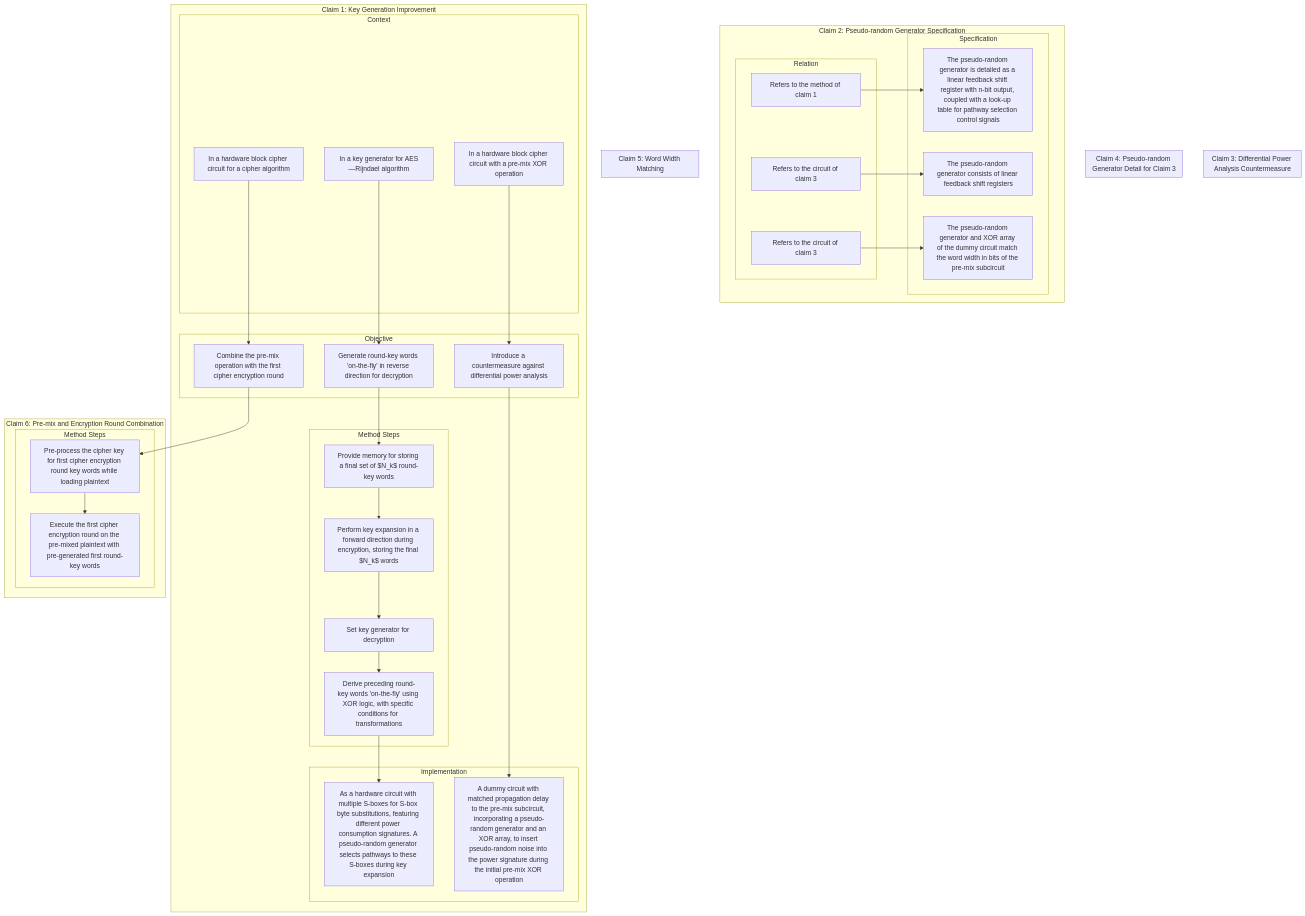
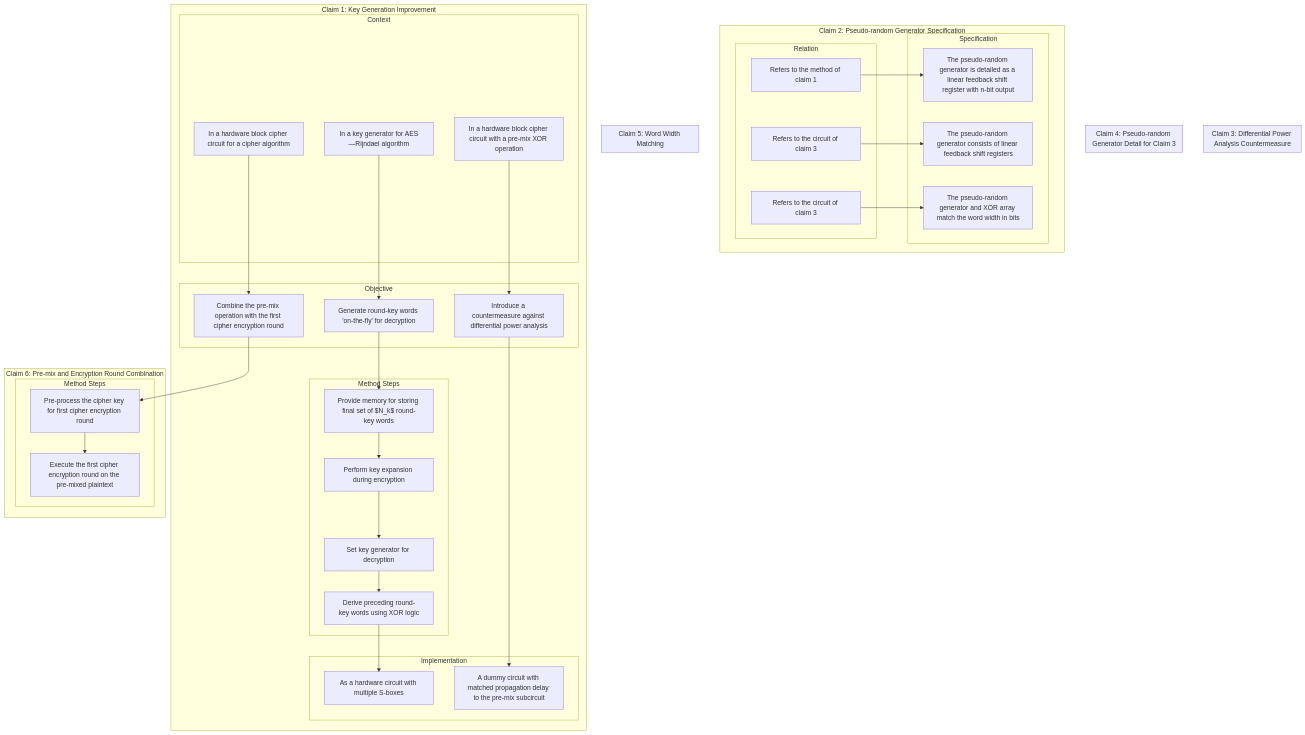
Before and after one commit to eni6ma/Fundamental-Cryptography: the diagram in Flow.md, drawn with Mermaid. The commit also changed other lines of this file, not shown here.

````diff
--- a/Flow.md
+++ b/Flow.md
@@ -1,81 +2,81 @@
 ```mermaid
 flowchart TD
     subgraph "Claim 1: Key Generation Improvement"
         subgraph "Context"
             c1["In a key generator for AES—Rijndael algorithm"]
         end
         subgraph "Objective"
-            c2["Generate round-key words 'on-the-fly' in reverse direction for decryption"]
+            c2["Generate round-key words 'on-the-fly' for decryption"]
         end
         subgraph "Method Steps"
-            c3["Provide memory for storing a final set of $N_k$ round-key words"]
-            c4["Perform key expansion in a forward direction during encryption, storing the final $N_k$ words"]
+            c3["Provide memory for storing final set of $N_k$ round-key words"]
+            c4["Perform key expansion during encryption"]
             c5["Set key generator for decryption"]
-            c6["Derive preceding round-key words 'on-the-fly' using XOR logic, with specific conditions for transformations"]
+            c6["Derive preceding round-key words using XOR logic"]
         end
         subgraph "Implementation"
-            c7["As a hardware circuit with multiple S-boxes for S-box byte substitutions, featuring different power consumption signatures. A pseudo-random generator selects pathways to these S-boxes during key expansion"]
+            c7["As a hardware circuit with multiple S-boxes"]
         end
         c1 --> c2
         c2 --> c3
         c3 --> c4
         c4 --> c5
         c5 --> c6
         c6 --> c7
     end
     subgraph "Claim 2: Pseudo-random Generator Specification"
         subgraph "Relation"
             c8["Refers to the method of claim 1"]
         end
         subgraph "Specification"
-            c9["The pseudo-random generator is detailed as a linear feedback shift register with n-bit output, coupled with a look-up table for pathway selection control signals"]
+            c9["The pseudo-random generator is detailed as a linear feedback shift register with n-bit output"]
         end
         c8 --> c9
     end
     subgraph "Claim 3: Differential Power Analysis Countermeasure"
         subgraph "Context"
             c10["In a hardware block cipher circuit with a pre-mix XOR operation"]
         end
         subgraph "Objective"
             c11["Introduce a countermeasure against differential power analysis"]
         end
         subgraph "Implementation"
-            c12["A dummy circuit with matched propagation delay to the pre-mix subcircuit, incorporating a pseudo-random generator and an XOR array, to insert pseudo-random noise into the power signature during the initial pre-mix XOR operation"]
+            c12["A dummy circuit with matched propagation delay to the pre-mix subcircuit"]
         end
         c10 --> c11
         c11 --> c12
     end
     subgraph "Claim 4: Pseudo-random Generator Detail for Claim 3"
         subgraph "Relation"
             c13["Refers to the circuit of claim 3"]
         end
         subgraph "Specification"
             c14["The pseudo-random generator consists of linear feedback shift registers"]
         end
         c13 --> c14
     end
     subgraph "Claim 5: Word Width Matching"
         subgraph "Relation"
             c15["Refers to the circuit of claim 3"]
         end
         subgraph "Specification"
-            c16["The pseudo-random generator and XOR array of the dummy circuit match the word width in bits of the pre-mix subcircuit"]
+            c16["The pseudo-random generator and XOR array match the word width in bits"]
         end
         c15 --> c16
     end
     subgraph "Claim 6: Pre-mix and Encryption Round Combination"
         subgraph "Context"
             c17["In a hardware block cipher circuit for a cipher algorithm"]
         end
         subgraph "Objective"
             c18["Combine the pre-mix operation with the first cipher encryption round"]
         end
         subgraph "Method Steps"
-            c19["Pre-process the cipher key for first cipher encryption round key words while loading plaintext"]
-            c20["Execute the first cipher encryption round on the pre-mixed plaintext with pre-generated first round-key words"]
+            c19["Pre-process the cipher key for first cipher encryption round"]
+            c20["Execute the first cipher encryption round on the pre-mixed plaintext"]
         end
         c17 --> c18
         c18 --> c19
         c19 --> c20
     end
 ```
````
